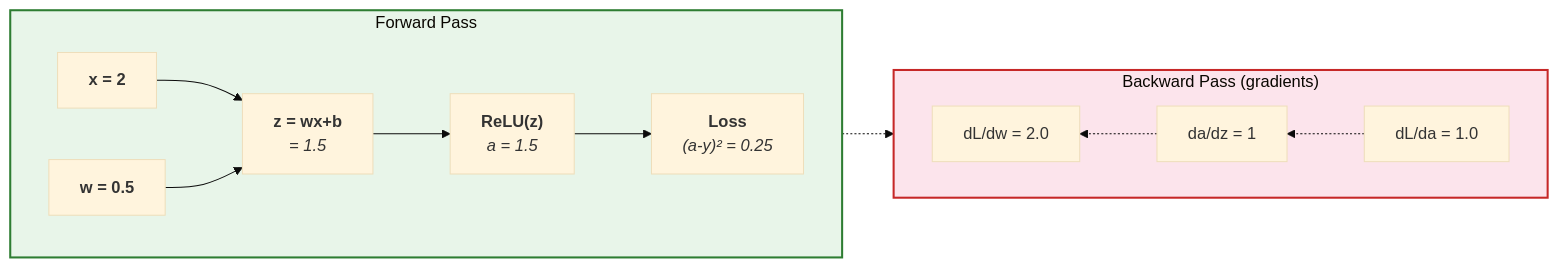
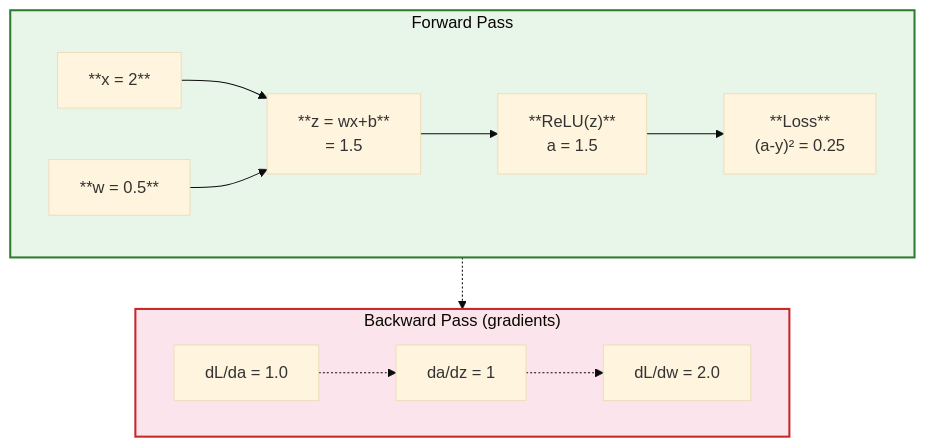
The diagram in part-1-foundations/module-00-ml-pytorch-foundations/images/fig-0.2.4-backprop.mmd (ApartsinProjects/LLMBook), drawn with Mermaid (base theme) before and after one commit. The commit also changed 1247 other files, not shown here.

```diff
--- a/part-1-foundations/module-00-ml-pytorch-foundations/images/fig-0.2.4-backprop.mmd
+++ b/part-1-foundations/module-00-ml-pytorch-foundations/images/fig-0.2.4-backprop.mmd
@@ -1,23 +1,16 @@
-flowchart LR
+flowchart TD
     subgraph FWD["Forward Pass"]
         direction LR
-        X["<b>x = 2</b>"]
-        W["<b>w = 0.5</b>"]
-        Z["<b>z = wx+b</b><br/><i>= 1.5</i>"]
-        A["<b>ReLU(z)</b><br/><i>a = 1.5</i>"]
-        L["<b>Loss</b><br/><i>(a-y)&sup2; = 0.25</i>"]
+        X["**x = 2**"] & W["**w = 0.5**"] --> Z["**z = wx+b**\n= 1.5"]
+        Z --> A["**ReLU(z)**\na = 1.5"]
+        A --> L["**Loss**\n(a-y)² = 0.25"]
     end
     subgraph BWD["Backward Pass (gradients)"]
-        direction RL
-        DL["dL/da = 1.0"]
-        DA["da/dz = 1"]
-        DW["dL/dw = 2.0"]
+        direction LR
+        DL["dL/da = 1.0"] -.-> DA["da/dz = 1"] -.-> DW["dL/dw = 2.0"]
     end
 
-    X --> Z
-    W --> Z
-    Z --> A --> L
-    L -.-> DL -.-> DA -.-> DW
+    L -.-> DL
 
     style FWD fill:#e8f5e9,stroke:#2e7d32,stroke-width:2px
     style BWD fill:#fce4ec,stroke:#c62828,stroke-width:2px
```
